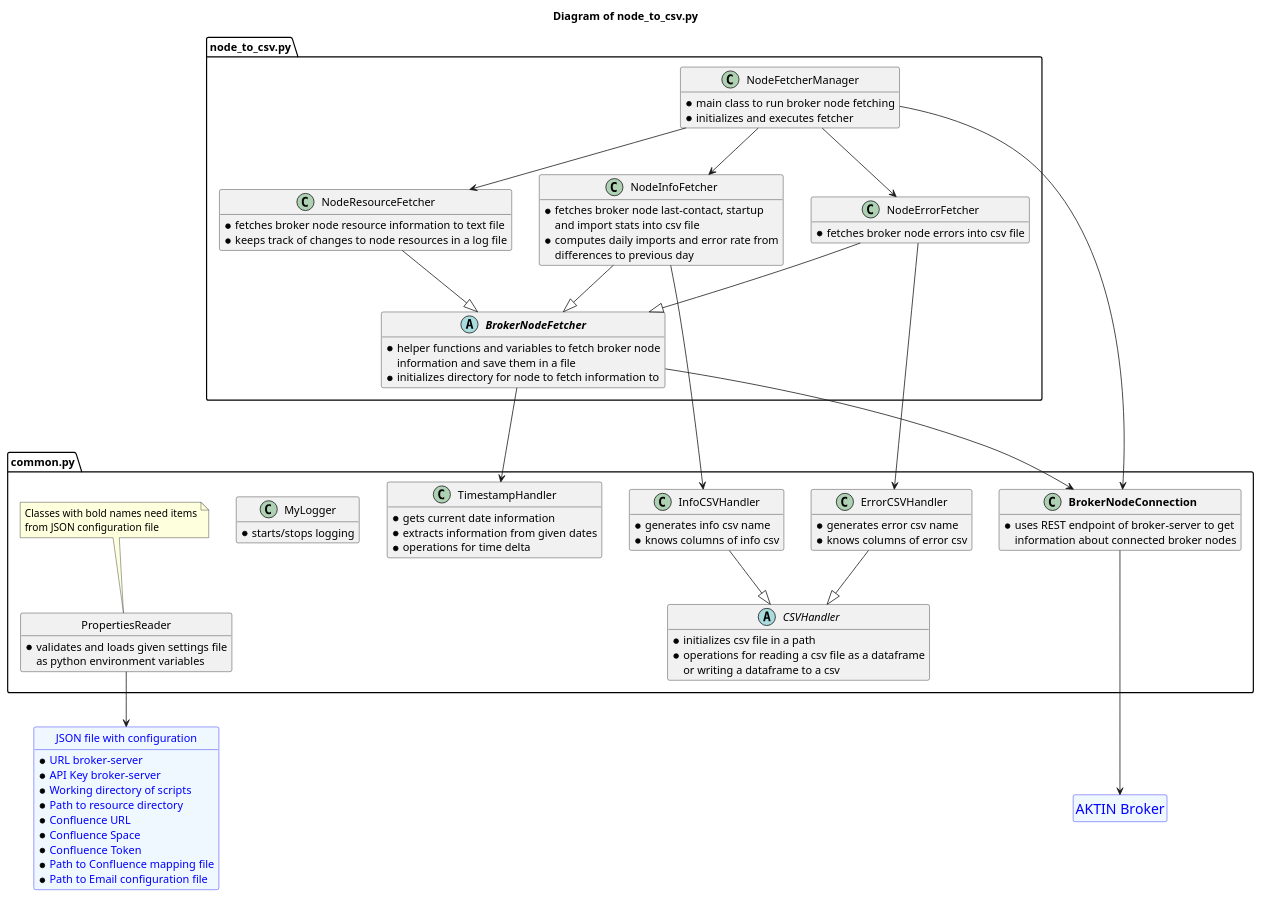
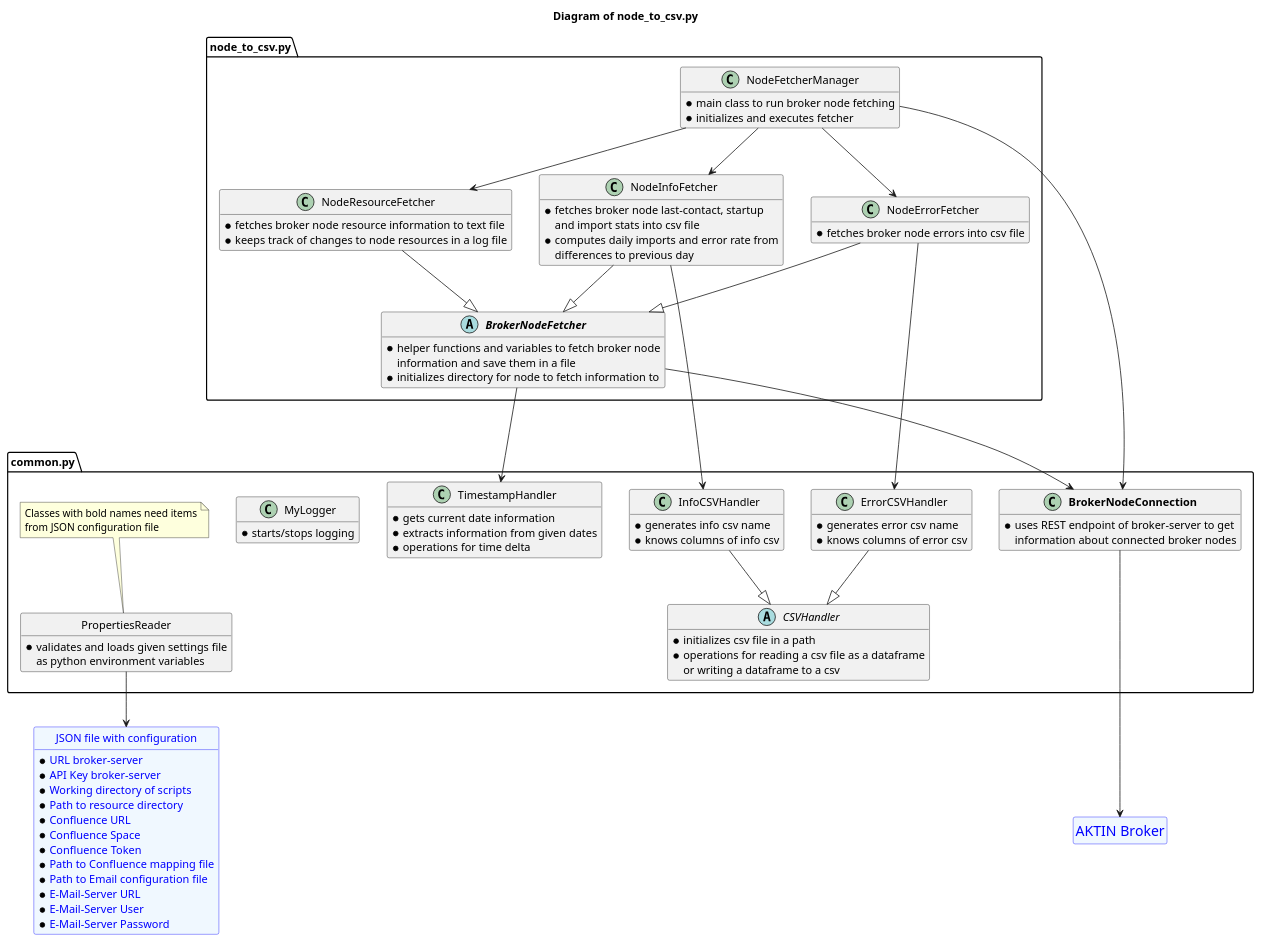
Before and after one commit to alexkombie/AKTIN_broker_monitor: the diagram in docs/node_to_csv.puml, drawn with PlantUML. The commit also changed 2 other files, not shown here.

Commit message:
updated architecture

```diff
--- a/docs/node_to_csv.puml
+++ b/docs/node_to_csv.puml
@@ -1,120 +1,123 @@
 @startuml
 hide methods
 
 title Diagram of node_to_csv.py
 
 entity "<size:18>AKTIN Broker</size>" as broker
 entity broker #aliceblue;line:blue;text:blue
 hide broker members
 hide broker circle
 
 entity "JSON file with configuration" as settings {
 * URL broker-server
 * API Key broker-server
 * Working directory of scripts
 * Path to resource directory
 * Confluence URL
 * Confluence Space
 * Confluence Token
 * Path to Confluence mapping file
 * Path to Email configuration file
+* E-Mail-Server URL
+* E-Mail-Server User
+* E-Mail-Server Password
 }
 entity settings #aliceblue;line:blue;text:blue
 hide settings circle
 
 '###################################################################'
 
 package "common.py" as common <<Package>> {
 abstract class CSVHandler {
 * initializes csv file in a path
 * operations for reading a csv file as a dataframe
 or writing a dataframe to a csv
 }
 
 class InfoCSVHandler {
 * generates info csv name
 * knows columns of info csv
 }
 
 class ErrorCSVHandler {
 * generates error csv name
 * knows columns of error csv
 }
 
 class TimestampHandler {
 * gets current date information
 * extracts information from given dates
 * operations for time delta
 }
 
 class "**BrokerNodeConnection**" as BrokerNodeConnection {
 * uses REST endpoint of broker-server to get
 information about connected broker nodes
 }
 
 class MyLogger {
 * starts/stops logging
 }
 
 class PropertiesReader {
 * validates and loads given settings file
 as python environment variables
 }
 hide PropertiesReader circle
 note top of PropertiesReader: Classes with bold names need items\nfrom JSON configuration file
 }
 
 InfoCSVHandler --|> CSVHandler
 ErrorCSVHandler --|> CSVHandler
 
 BrokerNodeConnection -d--> broker
 PropertiesReader --> settings
 
 '###################################################################'
 
 package "node_to_csv.py" as node_to_csv <<Package>> {
 abstract class "**BrokerNodeFetcher**" as BrokerNodeFetcher {
 * helper functions and variables to fetch broker node
 information and save them in a file
 * initializes directory for node to fetch information to
 }
 
 class NodeInfoFetcher {
 * fetches broker node last-contact, startup
 and import stats into csv file
 * computes daily imports and error rate from
 differences to previous day
 }
 
 class NodeErrorFetcher {
 * fetches broker node errors into csv file
 }
 
 class NodeResourceFetcher {
 * fetches broker node resource information to text file
 * keeps track of changes to node resources in a log file
 }
 
 class NodeFetcherManager {
 * main class to run broker node fetching
 * initializes and executes fetcher
 }
 }
 
 BrokerNodeFetcher --> BrokerNodeConnection
 BrokerNodeFetcher --> TimestampHandler
 
 NodeInfoFetcher --|> BrokerNodeFetcher
 NodeInfoFetcher ----> InfoCSVHandler
 
 NodeErrorFetcher --|> BrokerNodeFetcher
 NodeErrorFetcher ----> ErrorCSVHandler
 
 NodeResourceFetcher --|> BrokerNodeFetcher
 
 NodeFetcherManager --> BrokerNodeConnection
 NodeFetcherManager --> NodeInfoFetcher
 NodeFetcherManager --> NodeErrorFetcher
 NodeFetcherManager --> NodeResourceFetcher
 
 @enduml
```
